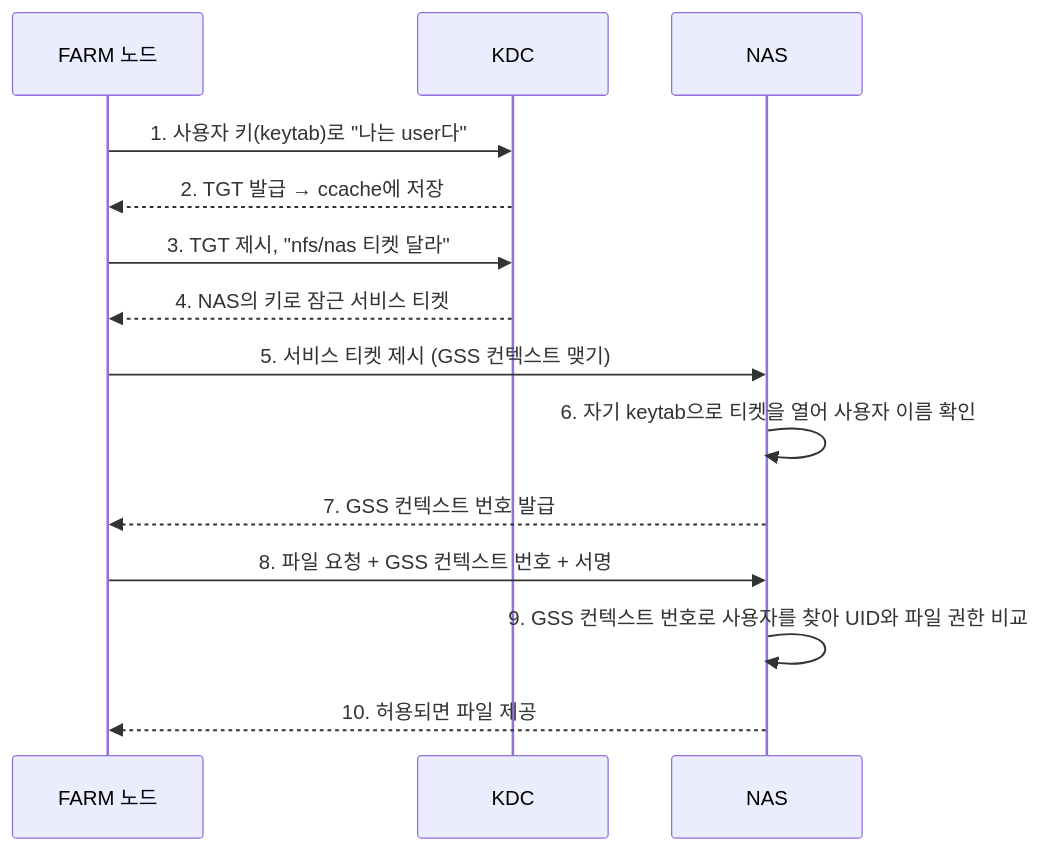
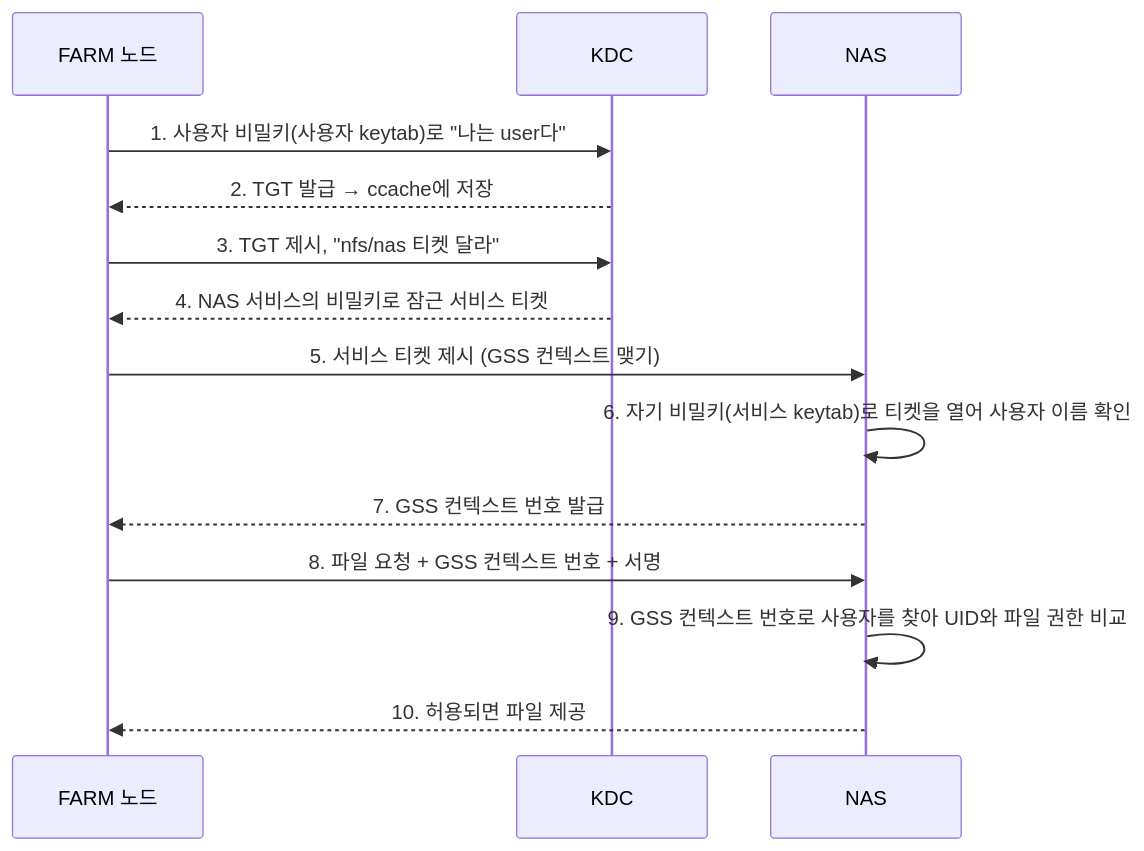
The first of 10 diagrams in md/infra/design/Kerberos-AD-Samba.md (CSID-DGU/admin_wiki), drawn with Mermaid before and after one commit. The commit also changed other lines of this file, not shown here.

Commit message:
docs: NAS svcgssd 시퀀스 다이어그램 추가

````diff
--- a/md/infra/design/Kerberos-AD-Samba.md
+++ b/md/infra/design/Kerberos-AD-Samba.md
@@ -62,17 +62,17 @@
 ```mermaid
 sequenceDiagram
     participant N as FARM 노드
     participant K as KDC
     participant NAS as NAS
 
-    N->>K: 1. 사용자 키(keytab)로 "나는 user다"
+    N->>K: 1. 사용자 비밀키(사용자 keytab)로 "나는 user다"
     K-->>N: 2. TGT 발급 → ccache에 저장
     N->>K: 3. TGT 제시, "nfs/nas 티켓 달라"
-    K-->>N: 4. NAS의 키로 잠근 서비스 티켓
+    K-->>N: 4. NAS 서비스의 비밀키로 잠근 서비스 티켓
     N->>NAS: 5. 서비스 티켓 제시 (GSS 컨텍스트 맺기)
-    NAS->>NAS: 6. 자기 keytab으로 티켓을 열어 사용자 이름 확인
+    NAS->>NAS: 6. 자기 비밀키(서비스 keytab)로 티켓을 열어 사용자 이름 확인
     NAS-->>N: 7. GSS 컨텍스트 번호 발급
     N->>NAS: 8. 파일 요청 + GSS 컨텍스트 번호 + 서명
     NAS->>NAS: 9. GSS 컨텍스트 번호로 사용자를 찾아 UID와 파일 권한 비교
     NAS-->>N: 10. 허용되면 파일 제공
 ```
````
